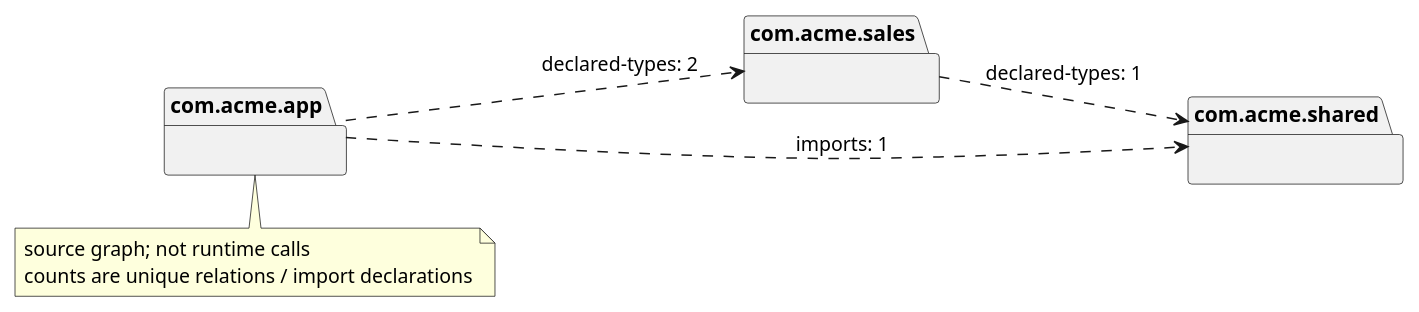
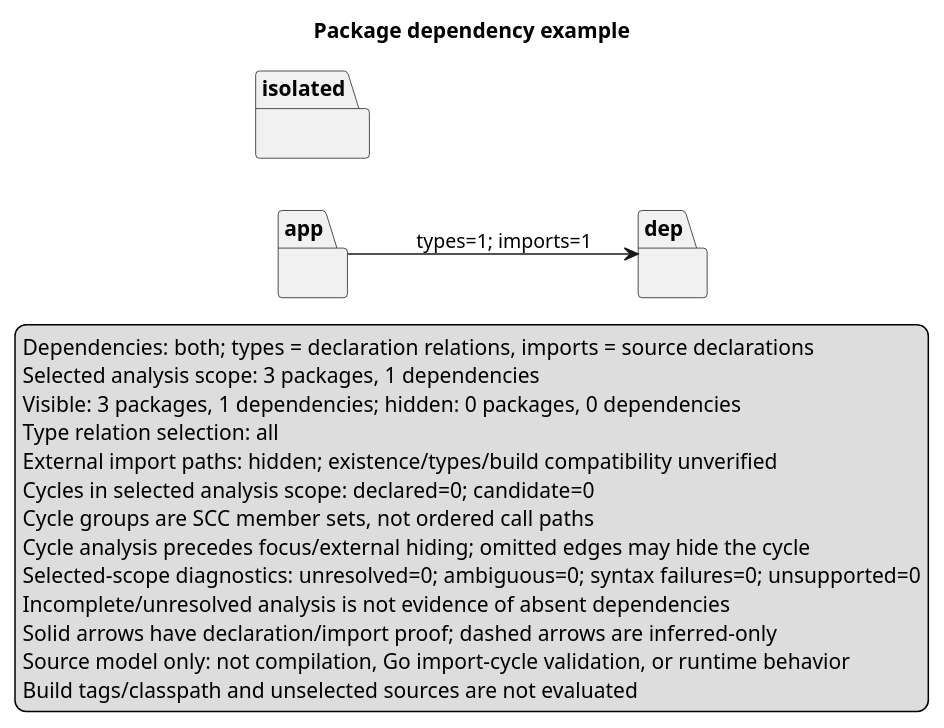
The second of 2 diagrams in docs/uml-expansion-proposal.md (Mino829/umlgen), drawn with PlantUML before and after one commit. The commit also changed other lines of this file and 3 other files, not shown here.

Commit message:
feat: render scoped package dependency diagrams

````diff
--- a/docs/uml-expansion-proposal.md
+++ b/docs/uml-expansion-proposal.md
@@ -679,18 +698,31 @@
 ```plantuml
 @startuml
+title Package dependency example
 left to right direction
-package "com.acme.app" as P_app {
+
+package "app" as PKG_0 {
 }
-package "com.acme.sales" as P_sales {
+package "dep" as PKG_1 {
 }
-package "com.acme.shared" as P_shared {
+package "isolated" as PKG_2 {
 }
-P_app ..> P_sales : declared-types: 2
-P_app ..> P_shared : imports: 1
-P_sales ..> P_shared : declared-types: 1
-note bottom of P_app
-  source graph; not runtime calls
-  counts are unique relations / import declarations
-end note
+PKG_0 --> PKG_1 : types=1; imports=1
+
+legend bottom
+Dependencies: both; types = declaration relations, imports = source declarations
+Selected analysis scope: 3 packages, 1 dependencies
+Visible: 3 packages, 1 dependencies; hidden: 0 packages, 0 dependencies
+Type relation selection: all
+External import paths: hidden; existence/types/build compatibility unverified
+Cycles in selected analysis scope: declared=0; candidate=0
+Cycle groups are SCC member sets, not ordered call paths
+Cycle analysis precedes focus/external hiding; omitted edges may hide the cycle
+Selected-scope diagnostics: unresolved=0; ambiguous=0; syntax failures=0; unsupported=0
+Incomplete/unresolved analysis is not evidence of absent dependencies
+Solid arrows have declaration/import proof; dashed arrows are inferred-only
+Source model only: not compilation, Go import-cycle validation, or runtime behavior
+Build tags/classpath and unselected sources are not evaluated
+endlegend
+
 @enduml
 ```
````
